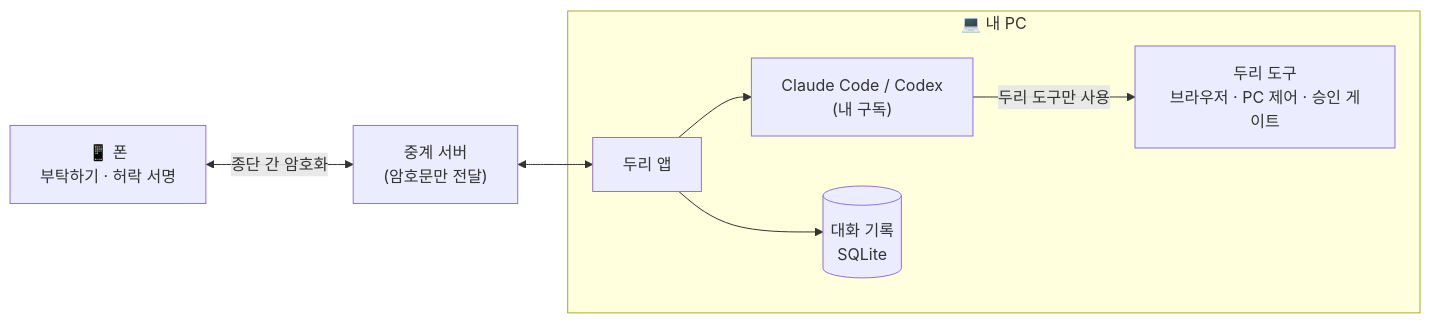
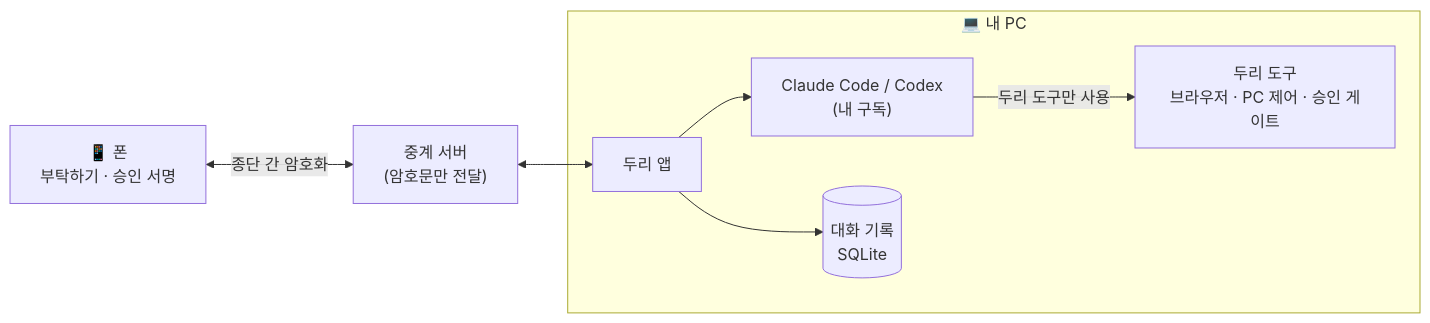
Before and after one commit to kuzvo-dev/dool2: the diagram in README.md, drawn with Mermaid. The commit also changed other lines of this file and 18 other files, not shown here.

````diff
--- a/README.md
+++ b/README.md
@@ -35,14 +76,14 @@
 ```mermaid
 flowchart LR
-  phone["📱 폰<br/>부탁하기 · 허락 서명"]
+  phone["📱 폰<br/>부탁하기 · 승인 서명"]
   relay["중계 서버<br/>(암호문만 전달)"]
   subgraph pc["💻 내 PC"]
     app["두리 앱"]
     agent["Claude Code / Codex<br/>(내 구독)"]
     tools["두리 도구<br/>브라우저 · PC 제어 · 승인 게이트"]
     db[("대화 기록<br/>SQLite")]
   end
   phone <-- 종단 간 암호화 --> relay <--> app
   app --> agent -- 두리 도구만 사용 --> tools
   app --> db
 ```
````
